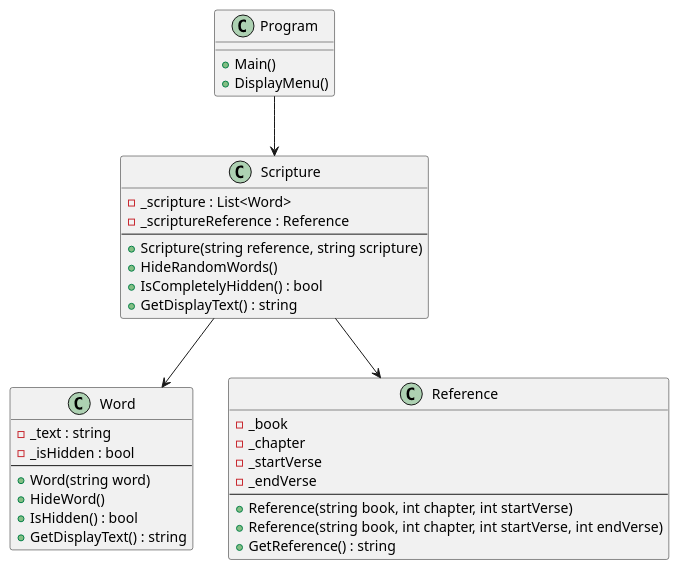
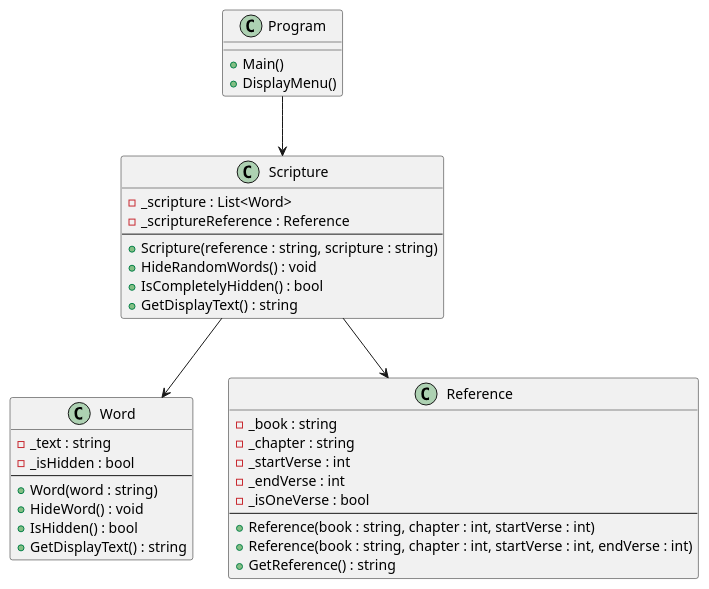
Before and after one commit to kyledc52/cse210-hw: the diagram in Scripture.puml, drawn with PlantUML. The commit also changed 4 other files, not shown here.

```diff
--- a/Scripture.puml
+++ b/Scripture.puml
@@ -1,47 +1,54 @@
 @startuml @ Scripture
 
 ' This class is how the user interacts with the Scripture class.
 class Program {
     + Main()
     + DisplayMenu()
 }
 
-' The Journal class is basically what does all the heavy lifting. It is what stores the Entries,
-' saves them, displays entries, and adds them.
+' The Scripture class is the basically the core of how the program works.
+' All the other classes use this class to create a scripture object.
 class Scripture {
     - _scripture : List<Word>
     - _scriptureReference : Reference
     --
-    + Scripture(string reference, string scripture)
-    + HideRandomWords()
+    + Scripture(reference : string, scripture : string)
+    + HideRandomWords() : void
     + IsCompletelyHidden() : bool
     + GetDisplayText() : string
 }
 
+' This class is used to define what a word is. It is useful because it adds functionality of actually hiding each word.
+' Every word in a scripture is an object. We need this class to hide each individual word.
+' The scripture class is the only class that uses this.
 class Word {
     - _text : string
     ' default to false
     - _isHidden : bool
     --
-    + Word(string word)
-    + HideWord()
+    + Word(word : string)
+    + HideWord() : void
     + IsHidden() : bool
     + GetDisplayText() : string
 }
 
+' The reference class is there to display the reference of the scripture, but it's main use is to detect if the scripture has
+' more than 1 verse.
+' The scripture class is the only class that uses this.
 class Reference {
-    - _book
-    - _chapter
-    - _startVerse
-    - _endVerse
+    - _book : string
+    - _chapter : string
+    - _startVerse : int
+    - _endVerse : int
+    - _isOneVerse : bool
     --
-    + Reference(string book, int chapter, int startVerse)
-    + Reference(string book, int chapter, int startVerse, int endVerse)
+    + Reference(book : string, chapter : int, startVerse : int)
+    + Reference(book : string, chapter : int, startVerse : int, endVerse : int)
     + GetReference() : string
 }
 
 Program --> Scripture
 Scripture --> Reference
 Scripture --> Word
 
 @enduml
```
